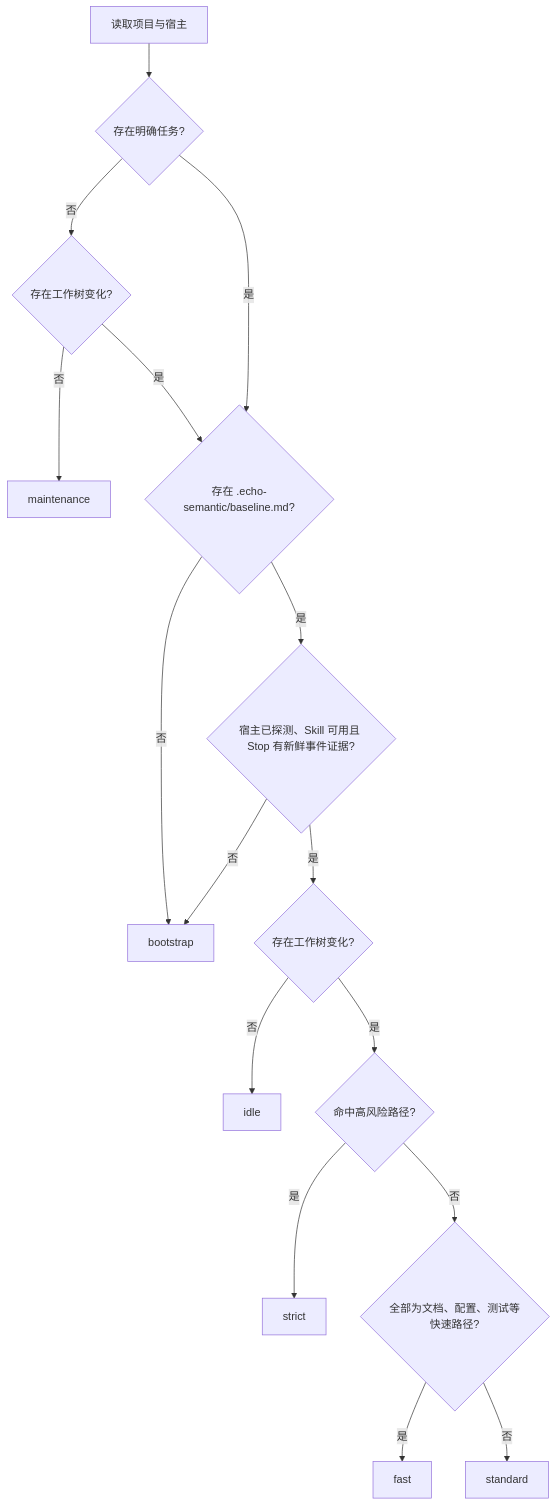
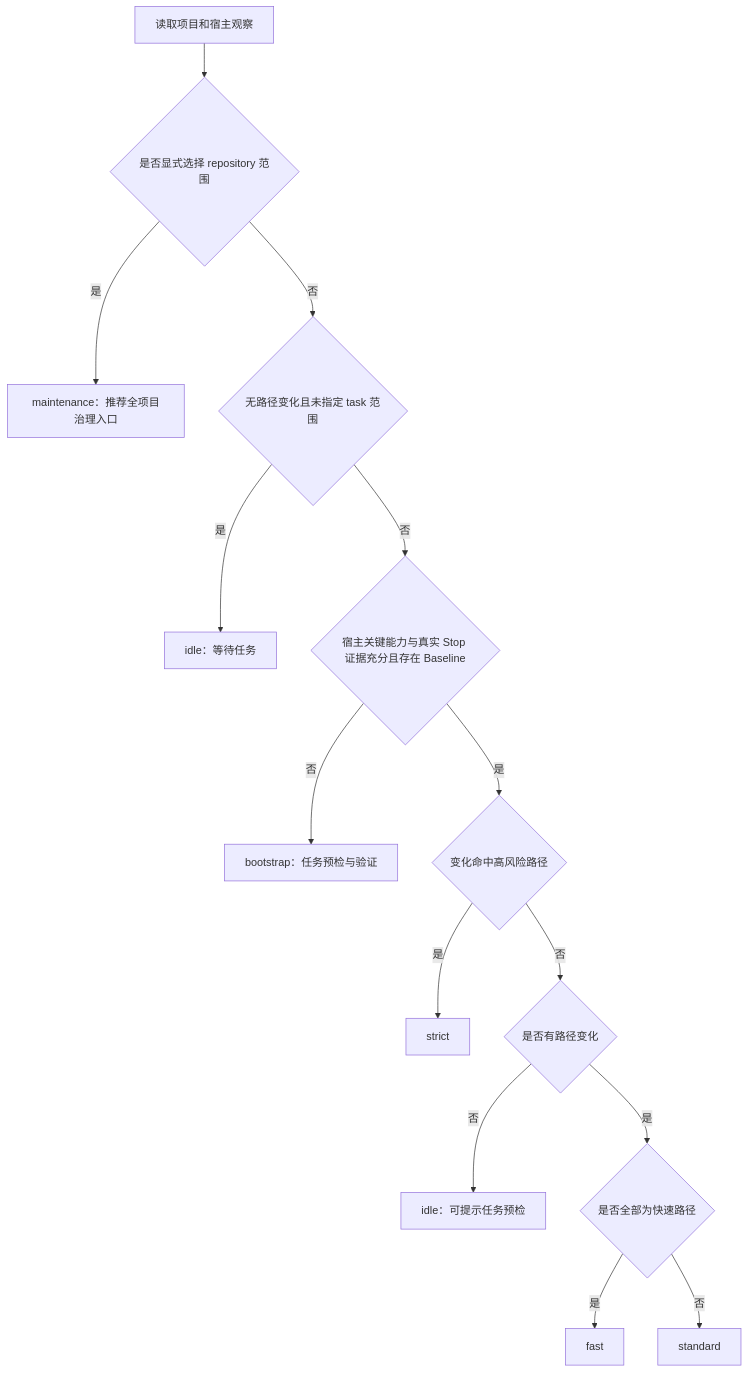
Before and after one commit to EchoYue-lp/echo-semantic: the fourth of 11 diagrams in docs/supreme/specs/plugin-architecture/design.md, drawn with Mermaid. The commit also changed other lines of this file and 43 other files, not shown here.

````diff
--- a/docs/supreme/specs/plugin-architecture/design.md
+++ b/docs/supreme/specs/plugin-architecture/design.md
@@ -328,18 +330,16 @@
 ```mermaid
 flowchart TD
-  Start[读取项目与宿主] --> Scope{存在明确任务?}
-  Scope -- 否 --> HasChanges{存在工作树变化?}
-  HasChanges -- 否 --> Maintenance[maintenance]
-  HasChanges -- 是 --> HasBaseline{存在 .echo-semantic/baseline.md?}
-  Scope -- 是 --> HasBaseline
-  HasBaseline -- 否 --> Bootstrap[bootstrap]
-  HasBaseline -- 是 --> HostReady{宿主已探测、Skill 可用且 Stop 有新鲜事件证据?}
-  HostReady -- 否 --> Bootstrap
-  HostReady -- 是 --> Changed{存在工作树变化?}
-  Changed -- 否 --> Idle[idle]
-  Changed -- 是 --> High{命中高风险路径?}
+  Start[读取项目和宿主观察] --> Explicit{是否显式选择 repository 范围}
+  Explicit -- 是 --> Maintenance[maintenance：推荐全项目治理入口]
+  Explicit -- 否 --> Empty{无路径变化且未指定 task 范围}
+  Empty -- 是 --> Idle[idle：等待任务]
+  Empty -- 否 --> Ready{宿主关键能力与真实 Stop 证据充分且存在 Baseline}
+  Ready -- 否 --> Bootstrap[bootstrap：任务预检与验证]
+  Ready -- 是 --> High{变化命中高风险路径}
   High -- 是 --> Strict[strict]
-  High -- 否 --> FastOnly{全部为文档、配置、测试等快速路径?}
+  High -- 否 --> Changed{是否有路径变化}
+  Changed -- 否 --> TaskIdle[idle：可提示任务预检]
+  Changed -- 是 --> FastOnly{是否全部为快速路径}
   FastOnly -- 是 --> Fast[fast]
   FastOnly -- 否 --> Standard[standard]
 ```
````
